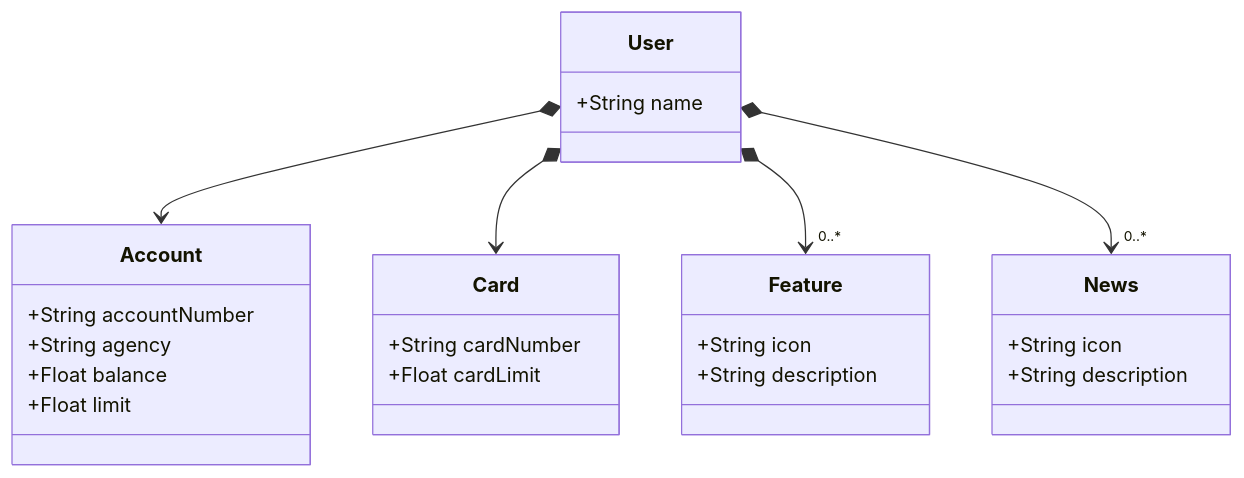
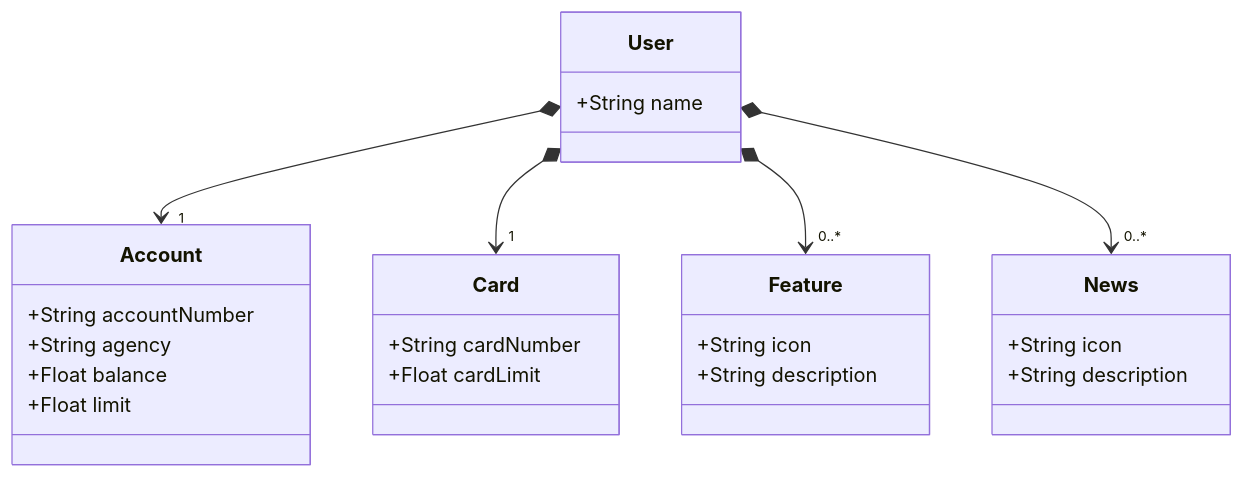
The diagram in README.md (AnaBeatrizBentoSilva/dio-restful-api-santander-dev-week-2023), drawn with Mermaid before and after one commit.

````diff
--- a/README.md
+++ b/README.md
@@ -6,33 +6,33 @@
 ```mermaid
 classDiagram
   class User {
     +String name
   }
 
   class Account {
     +String accountNumber
     +String agency
     +Float balance
     +Float limit
   }
 
   class Feature {
     +String icon
     +String description
   }
 
   class Card {
     +String cardNumber
     +Float cardLimit
   }
 
   class News {
     +String icon
     +String description
   }
 
-  User *--> Account
-  User *--> Card
+  User *--> "1" Account
+  User *--> "1" Card
   User *--> "0..*" Feature
   User *--> "0..*" News
 ```
````
